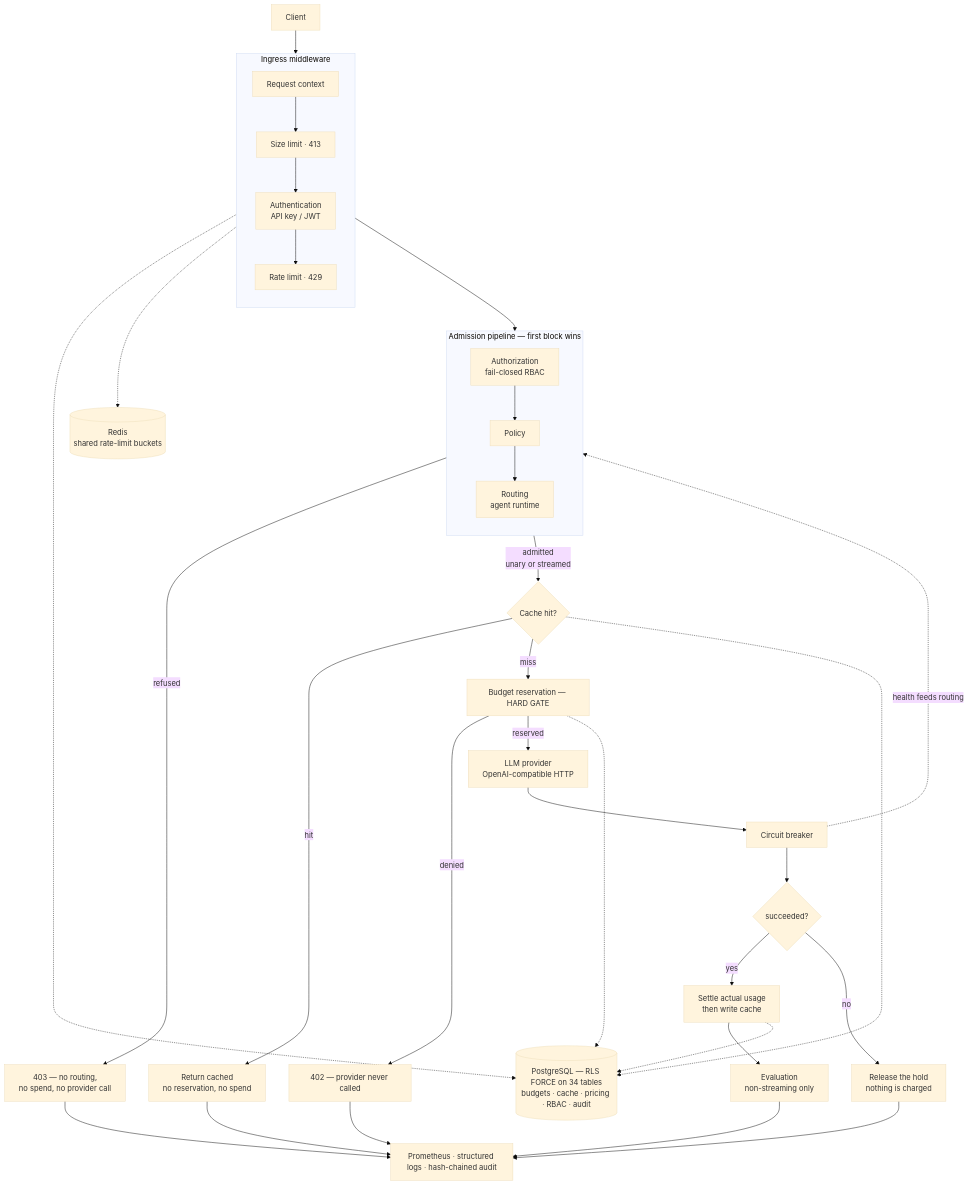
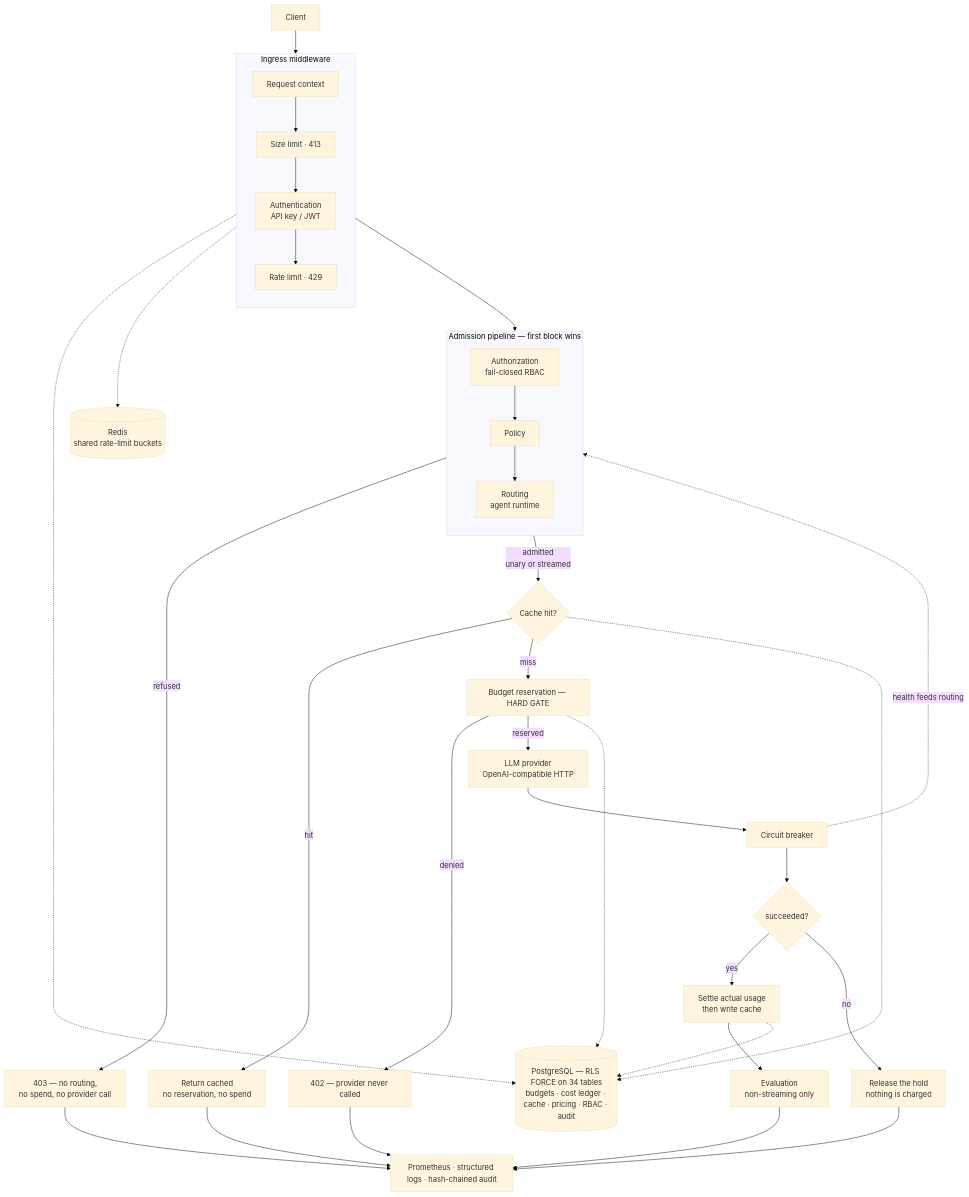
Before and after one commit to Stevemeg/enterprise-llm-gateway: the first of 4 diagrams in README.md, drawn with Mermaid (base theme). The commit also changed other lines of this file and 4 other files, not shown here.

````diff
--- a/README.md
+++ b/README.md
@@ -21,42 +104,42 @@
 ```mermaid
 flowchart TB
     C["Client"] --> ING
 
     subgraph ING["Ingress middleware"]
         direction TB
         I1["Request context"] --> I2["Size limit · 413"] --> I3["Authentication<br/>API key / JWT"] --> I4["Rate limit · 429"]
     end
 
     ING --> PIPE
 
     subgraph PIPE["Admission pipeline — first block wins"]
         direction TB
         P1["Authorization<br/>fail-closed RBAC"] --> P2["Policy"] --> P3["Routing<br/>agent runtime"]
     end
 
     PIPE -->|refused| DENY["403 — no routing,<br/>no spend, no provider call"]
     PIPE -->|admitted<br/>unary or streamed| CACHE{"Cache hit?"}
     CACHE -->|hit| HIT["Return cached<br/>no reservation, no spend"]
     CACHE -->|miss| RES["Budget reservation — HARD GATE"]
     RES -->|denied| B402["402 — provider never called"]
     RES -->|reserved| PROV["LLM provider<br/>OpenAI-compatible HTTP"]
     PROV --> CB["Circuit breaker"] --> OK{"succeeded?"}
     OK -->|yes| SETTLE["Settle actual usage<br/>then write cache"] --> EVAL["Evaluation<br/>non-streaming only"]
     OK -->|no| REL["Release the hold<br/>nothing is charged"]
 
     OBS["Prometheus · structured logs · hash-chained audit"]
     EVAL --> OBS
     REL --> OBS
     HIT --> OBS
     DENY --> OBS
     B402 --> OBS
     CB -.->|health feeds routing| P3
 
-    PG[("PostgreSQL — RLS FORCE on 34 tables<br/>budgets · cache · pricing · RBAC · audit")]
+    PG[("PostgreSQL — RLS FORCE on 34 tables<br/>budgets · cost ledger · cache · pricing · RBAC · audit")]
     RD[("Redis<br/>shared rate-limit buckets")]
     RES -.-> PG
     CACHE -.-> PG
     SETTLE -.-> PG
     I3 -.-> PG
     I4 -.-> RD
 ```
````
